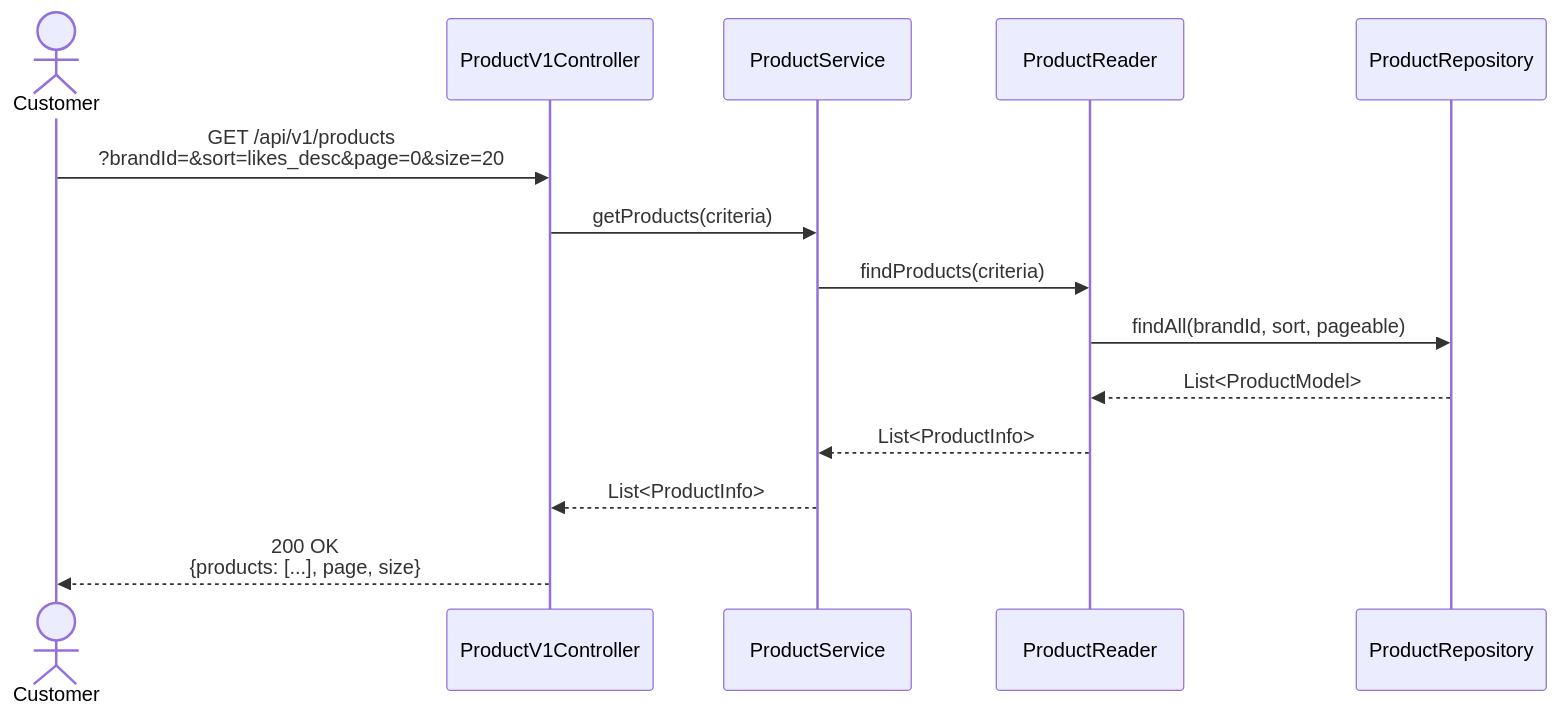
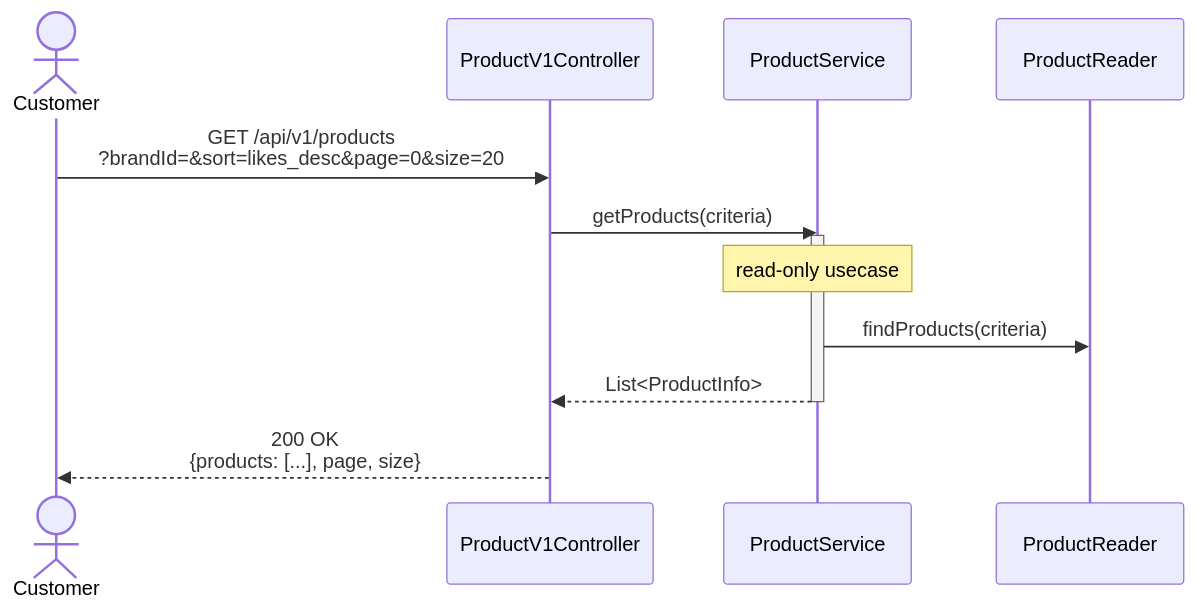
The fifth of 5 diagrams in docs/design/02-sequence-diagrams.md (YoHanKi/loop-pack-be-l2-vol3-java), drawn with Mermaid before and after one commit. The commit also changed other lines of this file, not shown here.

Commit message:
docs(sequence-diagrams): 시퀀스 다이어 그램 내에 기존 파사드가 Reader, Service를 함께 호출하는 방향에서 Service 만 의존한다면 Facade의 의미가 퇴색되어 삭제.

````diff
--- a/docs/design/02-sequence-diagrams.md
+++ b/docs/design/02-sequence-diagrams.md
@@ -257,31 +241,21 @@
 ```mermaid
 sequenceDiagram
     actor Customer
     participant Controller as ProductV1Controller
-    participant Service as ProductService
+    participant ProductService as ProductService
     participant ProductReader as ProductReader
-    participant ProductRepo as ProductRepository
 
     Customer->>Controller: GET /api/v1/products<br/>?brandId=&sort=likes_desc&page=0&size=20
-    Controller->>Service: getProducts(criteria)
+    Controller->>ProductService: getProducts(criteria)
 
-    %% 조회
-    Service->>ProductReader: findProducts(criteria)
-    ProductReader->>ProductRepo: findAll(brandId, sort, pageable)
+    activate ProductService
+    Note over ProductService: read-only usecase
 
-%%    alt sort = likes_desc (Phase 1: COUNT)
-%%        ProductRepo->>DB: SELECT p.*, <br/>(SELECT COUNT(*) FROM like WHERE product_id=p.id) AS like_count<br/>FROM product p<br/>WHERE deleted_at IS NULL<br/>AND (brand_id=? OR ? IS NULL)<br/>ORDER BY like_count DESC<br/>LIMIT ? OFFSET ?
-%%    else sort = likes_desc (Phase 2: like_count 컬럼)
-%%        ProductRepo->>DB: SELECT *<br/>FROM product<br/>WHERE deleted_at IS NULL<br/>AND (brand_id=? OR ? IS NULL)<br/>ORDER BY like_count DESC<br/>LIMIT ? OFFSET ?
-%%    else sort = latest
-%%        ProductRepo->>DB: SELECT *<br/>FROM product<br/>WHERE deleted_at IS NULL<br/>AND (brand_id=? OR ? IS NULL)<br/>ORDER BY updated_at DESC<br/>LIMIT ? OFFSET ?
-%%    else sort = price_asc
-%%        ProductRepo->>DB: SELECT *<br/>FROM product<br/>WHERE deleted_at IS NULL<br/>AND (brand_id=? OR ? IS NULL)<br/>ORDER BY price ASC<br/>LIMIT ? OFFSET ?
-%%    end
+    ProductService->>ProductReader: findProducts(criteria)
 
-    ProductRepo-->>ProductReader: List<ProductModel>
-    ProductReader-->>Service: List<ProductInfo>
+    ProductService-->>Controller: List<ProductInfo>
+    deactivate ProductService
 
-    Service-->>Controller: List<ProductInfo>
     Controller-->>Customer: 200 OK<br/>{products: [...], page, size}
+
 ```
````
